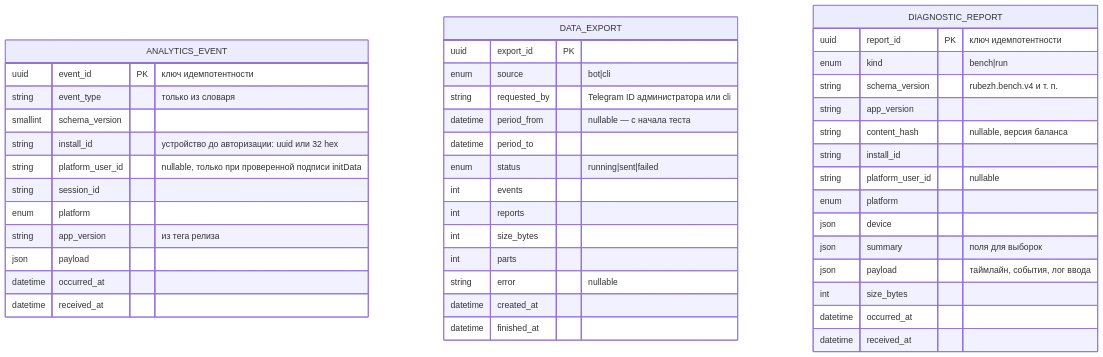
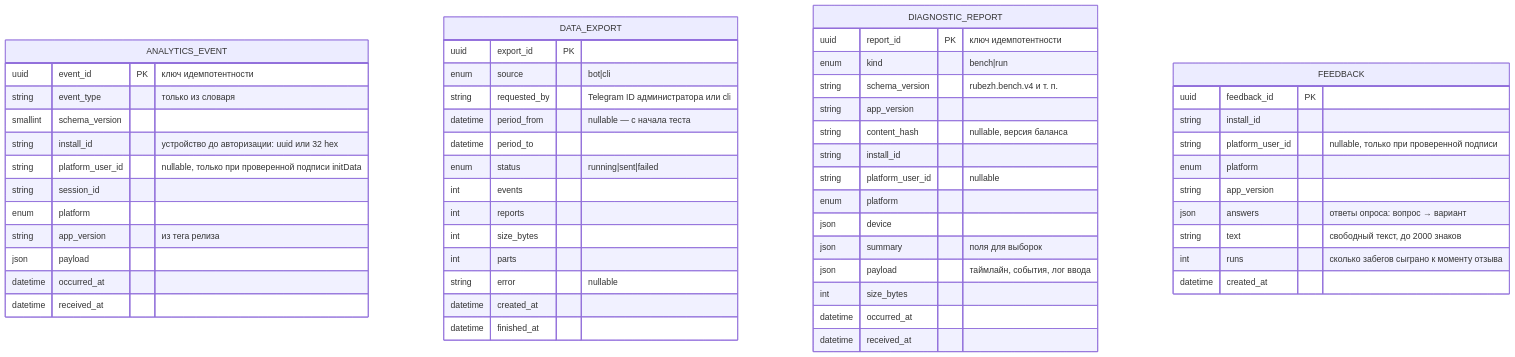
The fourth of 22 diagrams in docs/21-diagrams.md (JJSGxKD/rubezh), drawn with Mermaid before and after one commit. The commit also changed other lines of this file and 20 other files, not shown here.

````diff
--- a/docs/21-diagrams.md
+++ b/docs/21-diagrams.md
@@ -295,49 +295,61 @@
 ```mermaid
 erDiagram
     ANALYTICS_EVENT {
         uuid event_id PK "ключ идемпотентности"
         string event_type "только из словаря"
         smallint schema_version
         string install_id "устройство до авторизации: uuid или 32 hex"
         string platform_user_id "nullable, только при проверенной подписи initData"
         string session_id
         enum platform
         string app_version "из тега релиза"
         json payload
         datetime occurred_at
         datetime received_at
     }
 
     DATA_EXPORT {
         uuid export_id PK
         enum source "bot|cli"
         string requested_by "Telegram ID администратора или cli"
         datetime period_from "nullable — с начала теста"
         datetime period_to
         enum status "running|sent|failed"
         int events
         int reports
         int size_bytes
         int parts
         string error "nullable"
         datetime created_at
         datetime finished_at
     }
 
     DIAGNOSTIC_REPORT {
         uuid report_id PK "ключ идемпотентности"
         enum kind "bench|run"
         string schema_version "rubezh.bench.v4 и т. п."
         string app_version
         string content_hash "nullable, версия баланса"
         string install_id
         string platform_user_id "nullable"
         enum platform
         json device
         json summary "поля для выборок"
         json payload "таймлайн, события, лог ввода"
         int size_bytes
         datetime occurred_at
         datetime received_at
     }
+
+    FEEDBACK {
+        uuid feedback_id PK
+        string install_id
+        string platform_user_id "nullable, только при проверенной подписи"
+        enum platform
+        string app_version
+        json answers "ответы опроса: вопрос → вариант"
+        string text "свободный текст, до 2000 знаков"
+        int runs "сколько забегов сыграно к моменту отзыва"
+        datetime created_at
+    }
 ```
````
